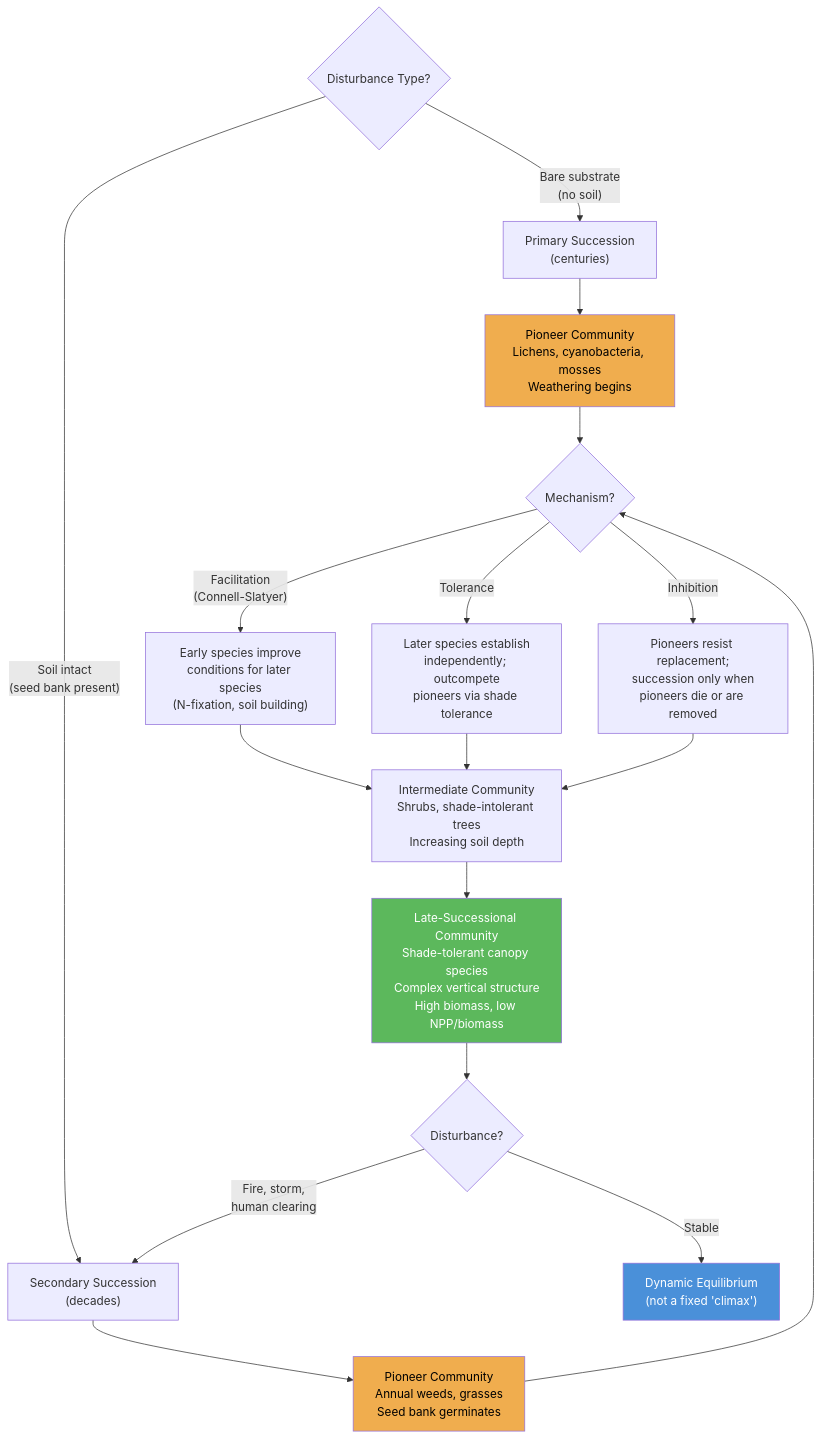
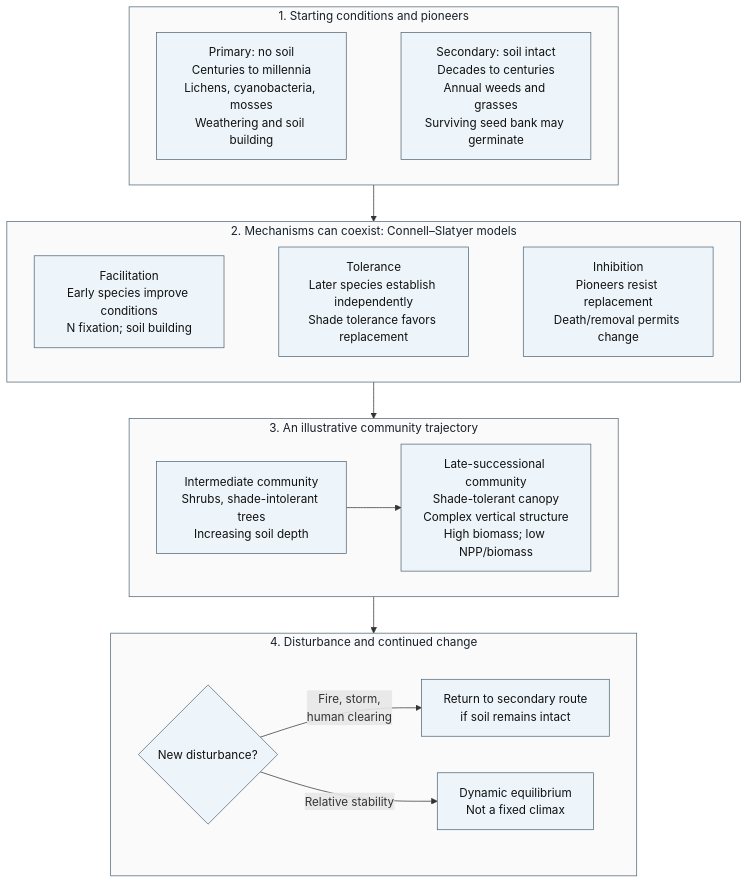
The third of 3 diagrams in docs/manuscript/unit_X/community_interactions.md (docxology/biology_textbook), drawn with Mermaid before and after one commit. The commit also changed other lines of this file and 41 other files, not shown here.

````diff
--- a/docs/manuscript/unit_X/community_interactions.md
+++ b/docs/manuscript/unit_X/community_interactions.md
@@ -399,30 +406,36 @@
 ```mermaid
+---
+config:
+  layout: dagre
+---
 flowchart TD
-    A{Disturbance Type?} -->|"Bare substrate\n(no soil)"| B["Primary Succession\n(centuries)"]
-    A -->|"Soil intact\n(seed bank present)"| C["Secondary Succession\n(decades)"]
-
-    B --> D["Pioneer Community\nLichens, cyanobacteria, mosses\nWeathering begins"]
-    C --> E["Pioneer Community\nAnnual weeds, grasses\nSeed bank germinates"]
-
-    D --> F{Mechanism?}
-    E --> F
-
-    F -->|"Facilitation\n(Connell-Slatyer)"| G["Early species improve\nconditions for later species\n(N-fixation, soil building)"]
-    F -->|"Tolerance"| H["Later species establish\nindependently; outcompete\npioneers via shade tolerance"]
-    F -->|"Inhibition"| I["Pioneers resist replacement;\nsuccession only when\npioneers die or are removed"]
-
-    G --> J["Intermediate Community\nShrubs, shade-intolerant trees\nIncreasing soil depth"]
-    H --> J
-    I --> J
-
-    J --> K["Late-Successional Community\nShade-tolerant canopy species\nComplex vertical structure\nHigh biomass, low NPP/biomass"]
-
-    K --> L{Disturbance?}
-    L -->|"Fire, storm,\nhuman clearing"| C
-    L -->|"Stable"| M["Dynamic Equilibrium\n(not a fixed 'climax')"]
-
-    style D fill:#f0ad4e,color:#000
-    style E fill:#f0ad4e,color:#000
-    style K fill:#5cb85c,color:#fff
-    style M fill:#4a90d9,color:#fff
+    subgraph Start["1. Starting conditions and pioneers"]
+        direction LR
+        B["Primary: no soil<br/>Centuries to millennia<br/>Lichens, cyanobacteria, mosses<br/>Weathering and soil building"]
+        C["Secondary: soil intact<br/>Decades to centuries<br/>Annual weeds and grasses<br/>Surviving seed bank may germinate"]
+        B ~~~ C
+    end
+    subgraph Mechanisms["2. Mechanisms can coexist: Connell–Slatyer models"]
+        direction LR
+        G["Facilitation<br/>Early species improve conditions<br/>N fixation; soil building"]
+        H["Tolerance<br/>Later species establish independently<br/>Shade tolerance favors replacement"]
+        I["Inhibition<br/>Pioneers resist replacement<br/>Death/removal permits change"]
+        G ~~~ H ~~~ I
+    end
+    subgraph Communities["3. An illustrative community trajectory"]
+        direction LR
+        J["Intermediate community<br/>Shrubs, shade-intolerant trees<br/>Increasing soil depth"] --> K["Late-successional community<br/>Shade-tolerant canopy<br/>Complex vertical structure<br/>High biomass; low NPP/biomass"]
+    end
+    subgraph Outcomes["4. Disturbance and continued change"]
+        direction LR
+        L{"New disturbance?"} -->|"Fire, storm,<br/>human clearing"| Restart["Return to secondary route<br/>if soil remains intact"]
+        L -->|"Relative stability"| M["Dynamic equilibrium<br/>Not a fixed climax"]
+    end
+    Start --> Mechanisms --> Communities --> Outcomes
+    classDef readable fill:#eef5fa,stroke:#526777,color:#111111
+    class B,C,G,H,I,J,K,L,Restart,M readable
+    style Start fill:#fafafa,stroke:#526777,color:#17212b
+    style Mechanisms fill:#fafafa,stroke:#526777,color:#17212b
+    style Communities fill:#fafafa,stroke:#526777,color:#17212b
+    style Outcomes fill:#fafafa,stroke:#526777,color:#17212b
 ```
````
